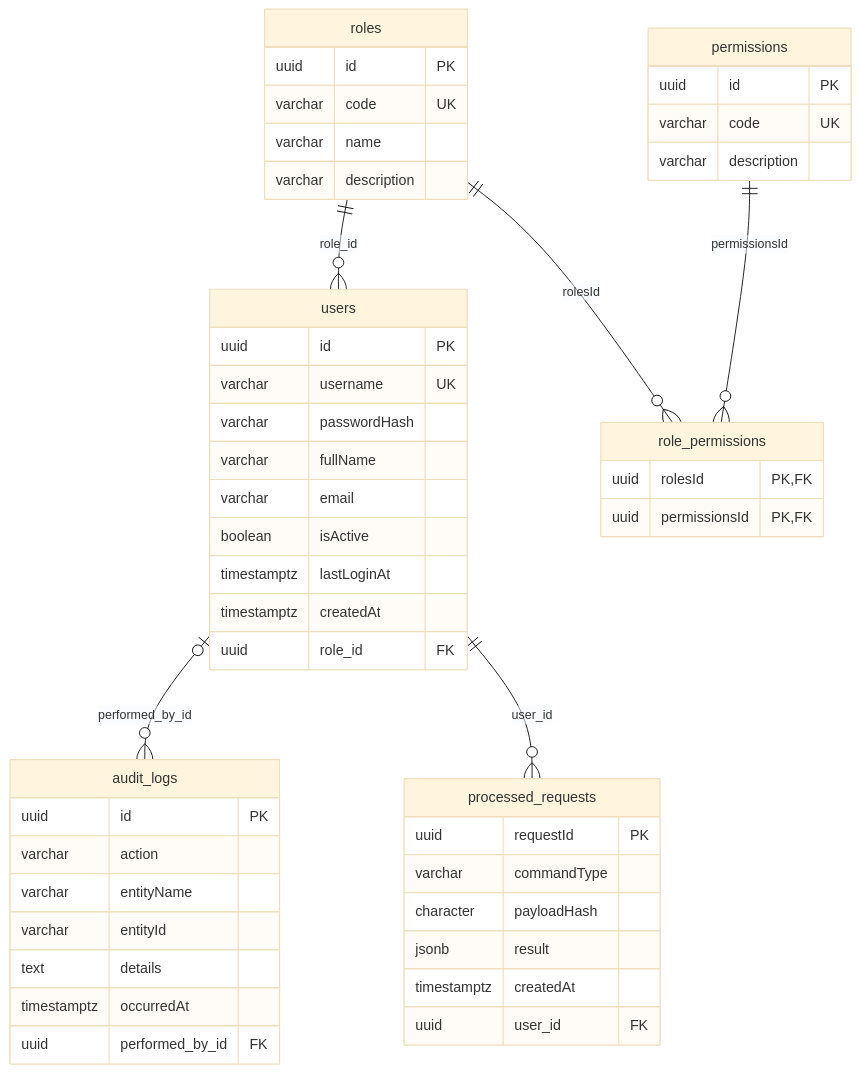
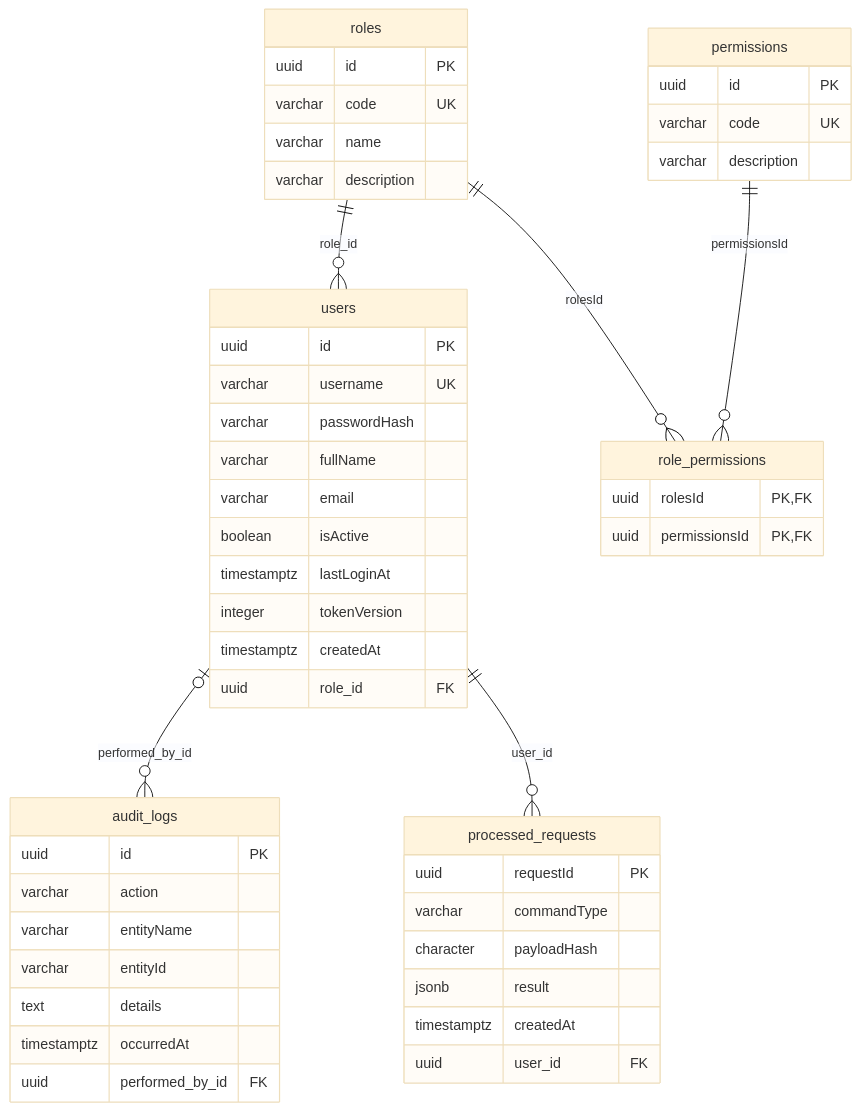
One commit to NeitLN/261_72ITSE41704_2474802010391_PharmacyStock changed the sixth of 6 diagrams in docs/diagrams/erd.md. Above: the diagram before and after it, drawn with Mermaid (base theme). The commit also changed 2 other files, not shown here.

Commit message:
docs(diagrams): regenerate from v1.0.2: users.tokenVersion and the stock-take line index
Refs #71

````diff
--- a/docs/diagrams/erd.md
+++ b/docs/diagrams/erd.md
@@ -371,51 +371,52 @@
 ```mermaid
 erDiagram
     users {
         uuid id PK
         varchar username UK
         varchar passwordHash
         varchar fullName
         varchar email
         boolean isActive
         timestamptz lastLoginAt
+        integer tokenVersion
         timestamptz createdAt
         uuid role_id FK
     }
     roles {
         uuid id PK
         varchar code UK
         varchar name
         varchar description
     }
     permissions {
         uuid id PK
         varchar code UK
         varchar description
     }
     role_permissions {
         uuid rolesId PK, FK
         uuid permissionsId PK, FK
     }
     audit_logs {
         uuid id PK
         varchar action
         varchar entityName
         varchar entityId
         text details
         timestamptz occurredAt
         uuid performed_by_id FK
     }
     processed_requests {
         uuid requestId PK
         varchar commandType
         character payloadHash
         jsonb result
         timestamptz createdAt
         uuid user_id FK
     }
     roles ||--o{ users : "role_id"
     roles ||--o{ role_permissions : "rolesId"
     permissions ||--o{ role_permissions : "permissionsId"
     users |o--o{ audit_logs : "performed_by_id"
     users ||--o{ processed_requests : "user_id"
 ```
````
